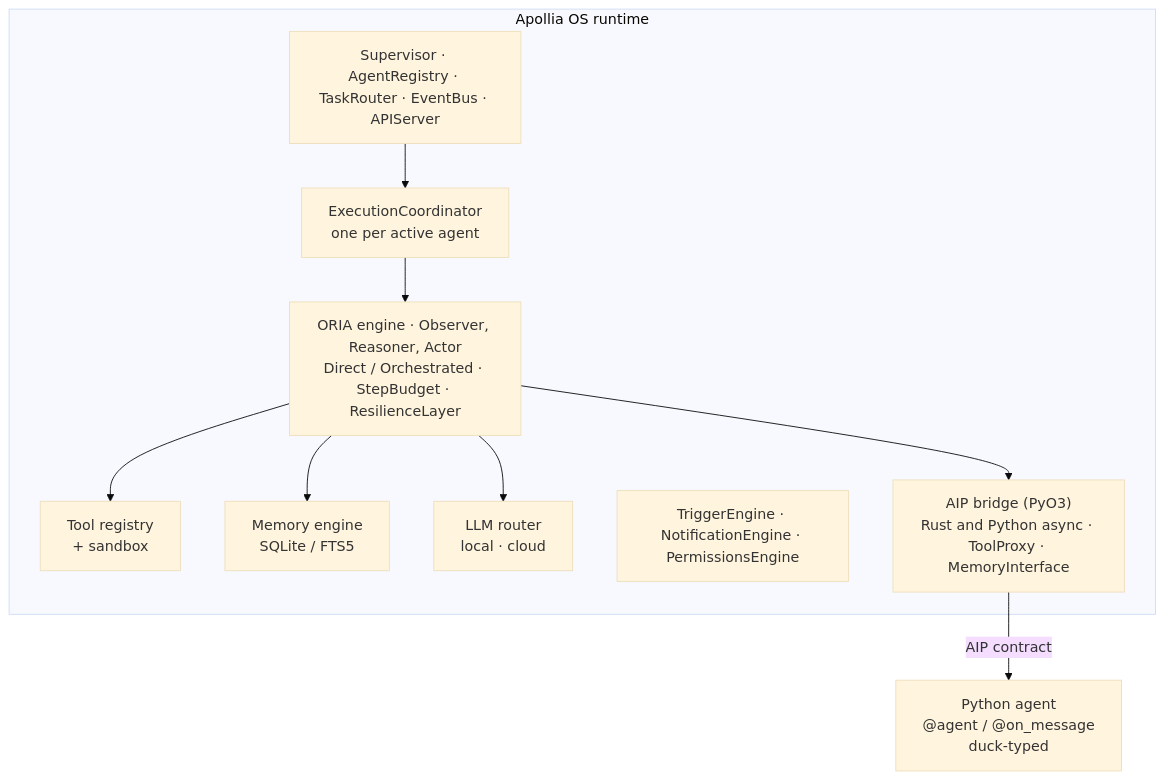
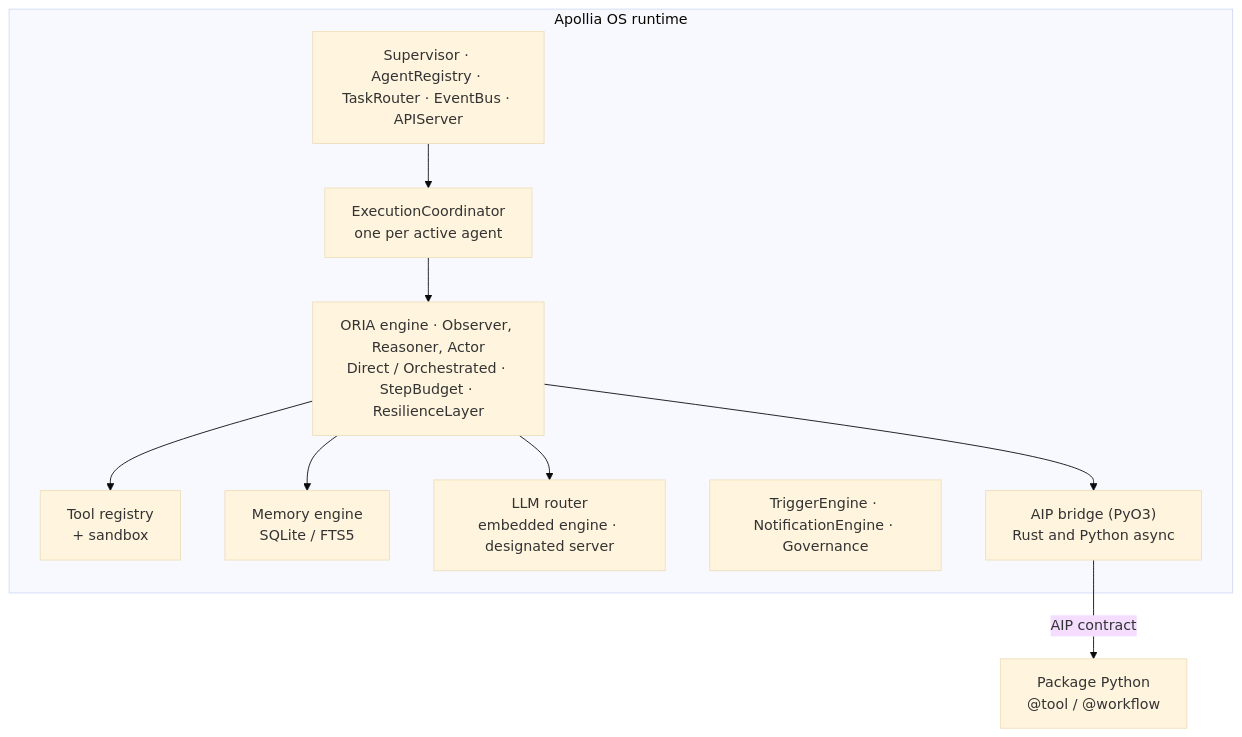
Before and after one commit to Apollia-OS/apollia-os: the diagram in README.md, drawn with Mermaid (base theme). The commit also changed other lines of this file and 4432 other files, not shown here.

````diff
--- a/README.md
+++ b/README.md
@@ -148,21 +180,21 @@
 ```mermaid
 flowchart TB
     subgraph rt["Apollia OS runtime"]
         sup["Supervisor · AgentRegistry · TaskRouter · EventBus · APIServer"]
         coord["ExecutionCoordinator<br/>one per active agent"]
         oria["ORIA engine · Observer, Reasoner, Actor<br/>Direct / Orchestrated · StepBudget · ResilienceLayer"]
         tools["Tool registry<br/>+ sandbox"]
         mem["Memory engine<br/>SQLite / FTS5"]
-        llm["LLM router<br/>local · cloud"]
-        side["TriggerEngine · NotificationEngine · PermissionsEngine"]
-        aip["AIP bridge (PyO3)<br/>Rust and Python async · ToolProxy · MemoryInterface"]
+        llm["LLM router<br/>embedded engine · designated server"]
+        side["TriggerEngine · NotificationEngine · Governance"]
+        aip["AIP bridge (PyO3)<br/>Rust and Python async"]
     end
-    agent["Python agent<br/>@agent / @on_message<br/>duck-typed"]
+    agent["Package Python<br/>@tool / @workflow"]
 
     sup --> coord --> oria
     oria --> tools
     oria --> mem
     oria --> llm
     oria --> aip
     aip -- "AIP contract" --> agent
 ```
````
